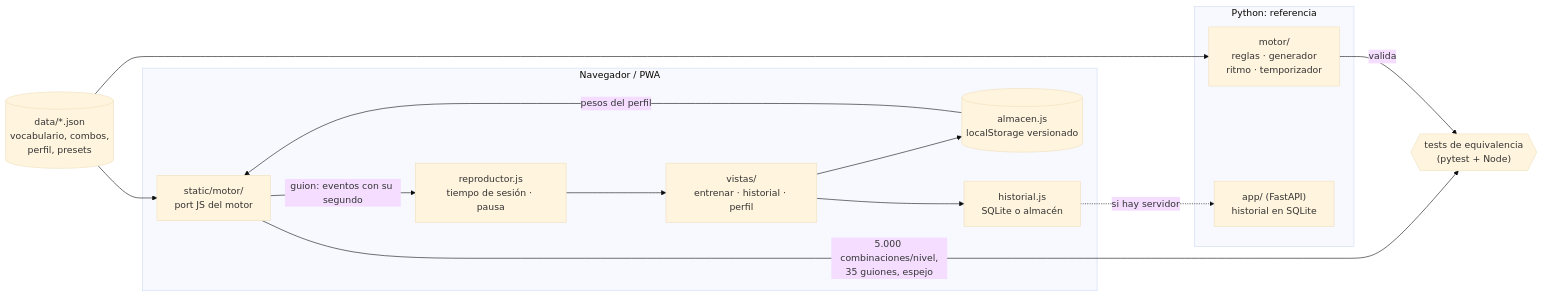
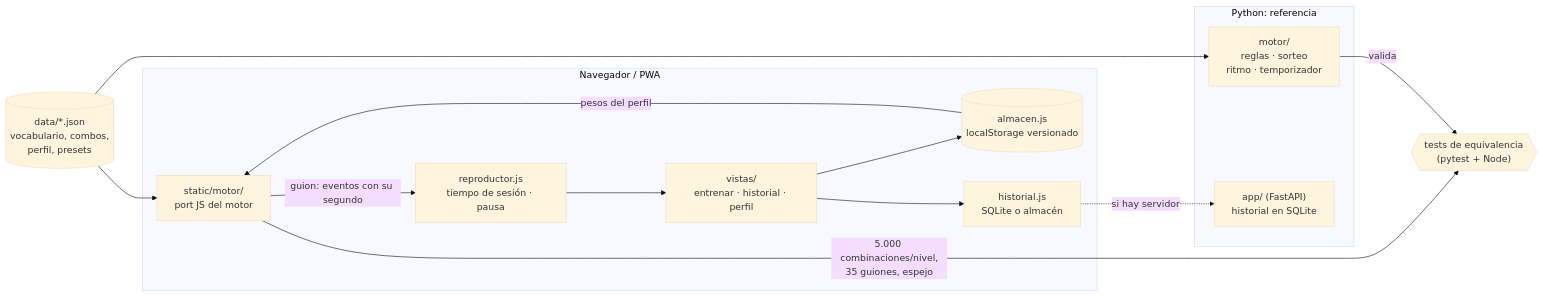
One commit to david1cecilia-alt/boxeo-app changed the diagram in README.md. Above: the diagram before and after it, drawn with Mermaid (base theme). The commit also changed other lines of this file and 18 other files, not shown here.

Commit message:
Quita el generador de combinaciones inventadas (Python y JS), sus tests, su parte en la equivalencia y proporcion_clasicos; los pesos del perfil pasan al sorteo

````diff
--- a/README.md
+++ b/README.md
@@ -86,23 +85,23 @@
 ```mermaid
 flowchart LR
     datos[("data/*.json<br>vocabulario, combos,<br>perfil, presets")]
     subgraph Python["Python: referencia"]
-        motor["motor/<br>reglas · generador<br>ritmo · temporizador"]
+        motor["motor/<br>reglas · sorteo<br>ritmo · temporizador"]
         api["app/ (FastAPI)<br>historial en SQLite"]
     end
     subgraph Navegador["Navegador / PWA"]
         motorjs["static/motor/<br>port JS del motor"]
         repro["reproductor.js<br>tiempo de sesión · pausa"]
         vistas["vistas/<br>entrenar · historial · perfil"]
         almacen[("almacen.js<br>localStorage versionado")]
         hist["historial.js<br>SQLite o almacén"]
     end
     tests{{"tests de equivalencia<br>(pytest + Node)"}}
     datos --> motor & motorjs
     almacen -- "pesos del perfil" --> motorjs
     motorjs -- "guion: eventos con su segundo" --> repro --> vistas
     vistas --> hist & almacen
     hist -. "si hay servidor" .-> api
     motorjs -- "5.000 combinaciones/nivel,<br>35 guiones, espejo" --> tests
     motor -- "valida" --> tests
 ```
````
